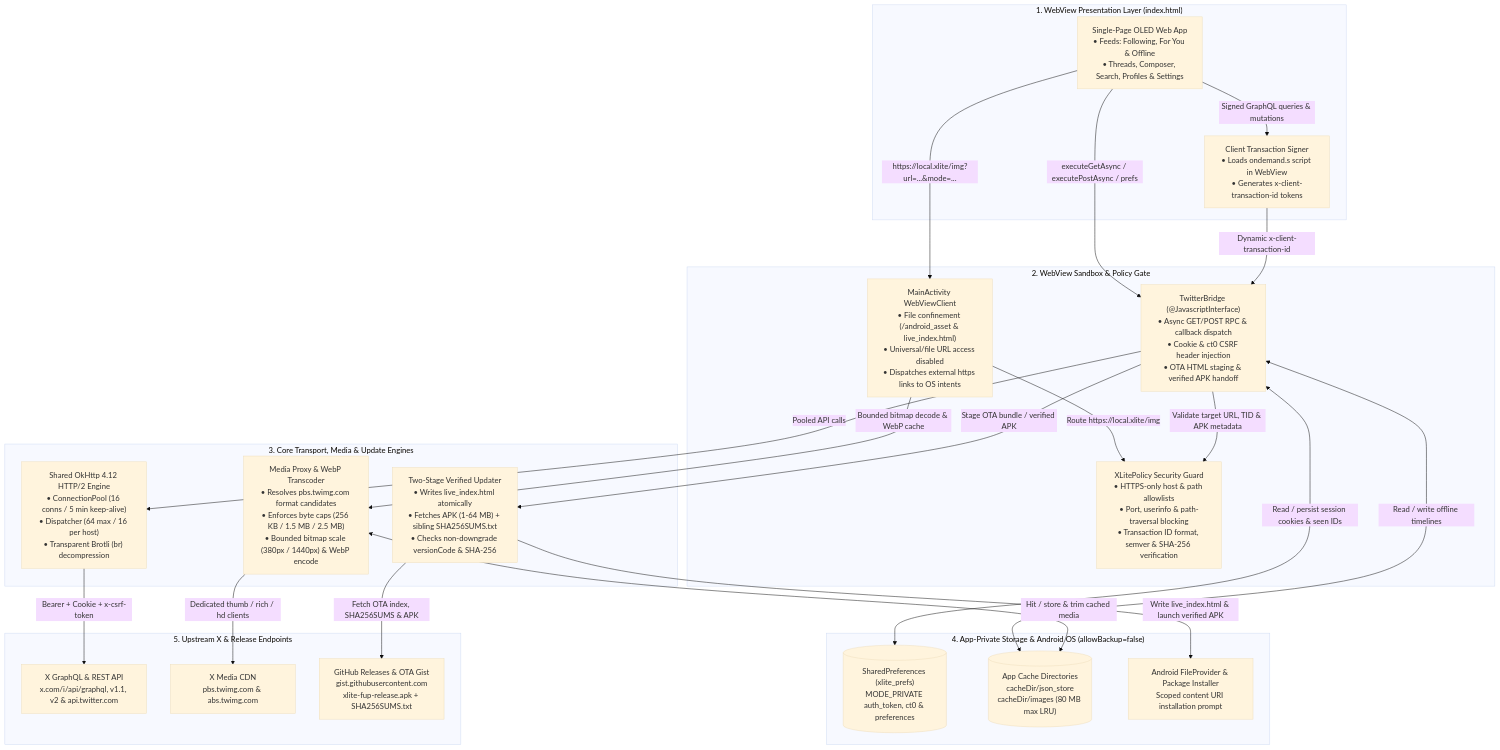
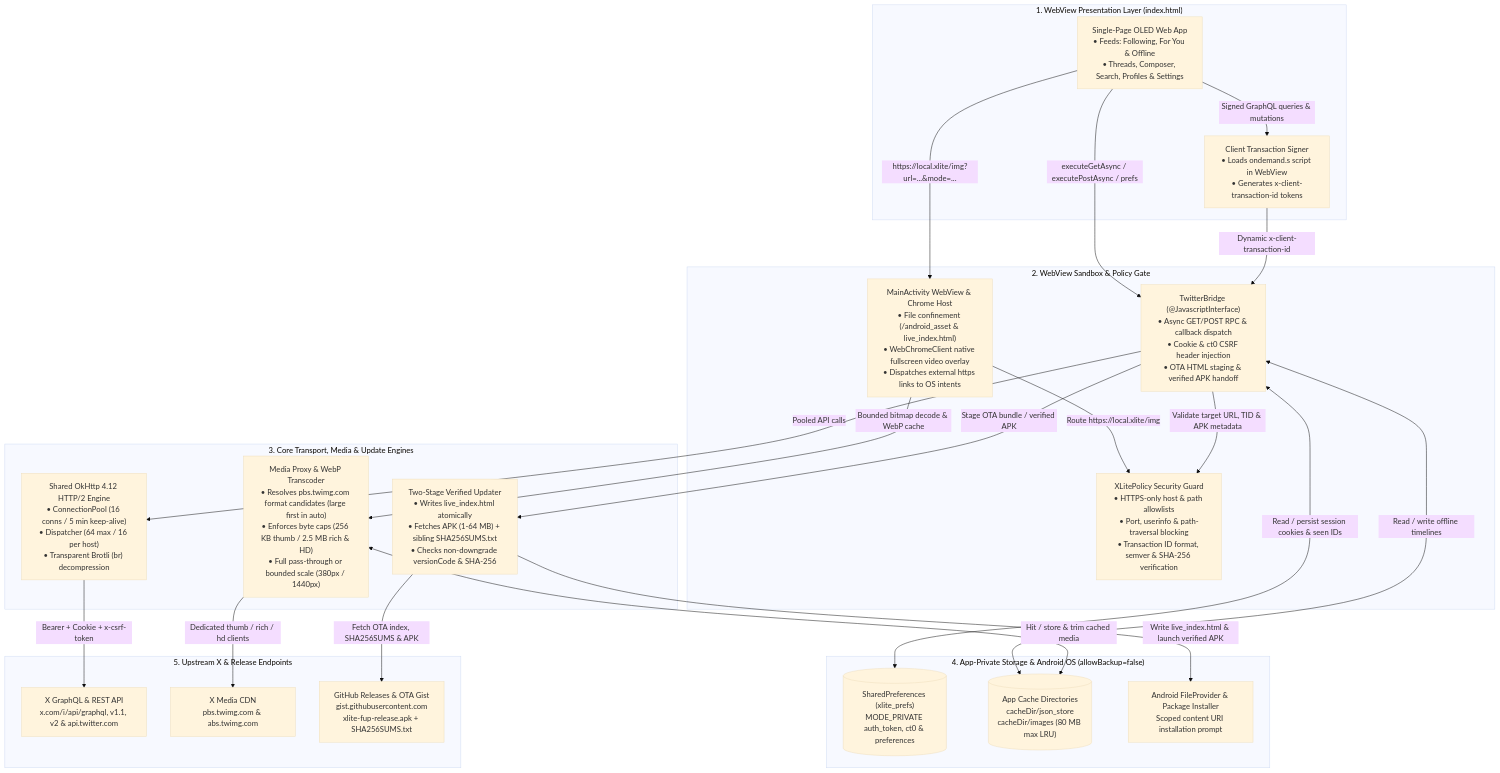
Before and after one commit to sovopr/xlite-android: the diagram in README.md, drawn with Mermaid (base theme). The commit also changed other lines of this file and 7 other files, not shown here.

Commit message:
feat(media,android): ship uncompromised full-data mode and native fullscreen video (v1.0.25)

````diff
--- a/README.md
+++ b/README.md
@@ -171,54 +171,54 @@
 ```mermaid
 flowchart TD
     subgraph Presentation["1. WebView Presentation Layer (index.html)"]
         SPA["Single-Page OLED Web App\n• Feeds: Following, For You & Offline\n• Threads, Composer, Search, Profiles & Settings"]
         TxSign["Client Transaction Signer\n• Loads ondemand.s script in WebView\n• Generates x-client-transaction-id tokens"]
     end
 
     subgraph SecurityGate["2. WebView Sandbox & Policy Gate"]
-        WebHost["MainActivity WebViewClient\n• File confinement (/android_asset & live_index.html)\n• Universal/file URL access disabled\n• Dispatches external https links to OS intents"]
+        WebHost["MainActivity WebView & Chrome Host\n• File confinement (/android_asset & live_index.html)\n• WebChromeClient native fullscreen video overlay\n• Dispatches external https links to OS intents"]
         Policy["XLitePolicy Security Guard\n• HTTPS-only host & path allowlists\n• Port, userinfo & path-traversal blocking\n• Transaction ID format, semver & SHA-256 verification"]
         Bridge["TwitterBridge (@JavascriptInterface)\n• Async GET/POST RPC & callback dispatch\n• Cookie & ct0 CSRF header injection\n• OTA HTML staging & verified APK handoff"]
 
         WebHost -->|"Route https://local.xlite/img"| Policy
         Bridge -->|"Validate target URL, TID & APK metadata"| Policy
     end
 
     subgraph Engines["3. Core Transport, Media & Update Engines"]
         NetPool["Shared OkHttp 4.12 HTTP/2 Engine\n• ConnectionPool (16 conns / 5 min keep-alive)\n• Dispatcher (64 max / 16 per host)\n• Transparent Brotli (br) decompression"]
-        MediaPipe["Media Proxy & WebP Transcoder\n• Resolves pbs.twimg.com format candidates\n• Enforces byte caps (256 KB / 1.5 MB / 2.5 MB)\n• Bounded bitmap scale (380px / 1440px) & WebP encode"]
+        MediaPipe["Media Proxy & WebP Transcoder\n• Resolves pbs.twimg.com format candidates (large first in auto)\n• Enforces byte caps (256 KB thumb / 2.5 MB rich & HD)\n• Full pass-through or bounded scale (380px / 1440px)"]
         Updater["Two-Stage Verified Updater\n• Writes live_index.html atomically\n• Fetches APK (1-64 MB) + sibling SHA256SUMS.txt\n• Checks non-downgrade versionCode & SHA-256"]
     end
 
     subgraph DeviceStorage["4. App-Private Storage & Android OS (allowBackup=false)"]
         Prefs[("SharedPreferences (xlite_prefs)\nMODE_PRIVATE auth_token, ct0 & preferences")]
         DiskCache[("App Cache Directories\ncacheDir/json_store\ncacheDir/images (80 MB max LRU)")]
         FileProv["Android FileProvider & Package Installer\nScoped content URI installation prompt"]
     end
 
     subgraph External["5. Upstream X & Release Endpoints"]
         XApi["X GraphQL & REST API\nx.com/i/api/graphql, v1.1, v2 & api.twitter.com"]
         XCdn["X Media CDN\npbs.twimg.com & abs.twimg.com"]
         GitHub["GitHub Releases & OTA Gist\ngist.githubusercontent.com\nxlite-fup-release.apk + SHA256SUMS.txt"]
     end
 
     %% UI to Sandbox & Bridge
     SPA -->|"Signed GraphQL queries & mutations"| TxSign
     SPA -->|"executeGetAsync / executePostAsync / prefs"| Bridge
     SPA -->|"https://local.xlite/img?url=...&mode=..."| WebHost
     TxSign -->|"Dynamic x-client-transaction-id"| Bridge
 
     %% Gate & Engines to Storage
     Bridge <-->|"Read / persist session cookies & seen IDs"| Prefs
     Bridge <-->|"Read / write offline timelines"| DiskCache
     MediaPipe <-->|"Hit / store & trim cached media"| DiskCache
     WebHost -->|"Bounded bitmap decode & WebP cache"| MediaPipe
     Bridge -->|"Pooled API calls"| NetPool
     Bridge -->|"Stage OTA bundle / verified APK"| Updater
     Updater -->|"Write live_index.html & launch verified APK"| FileProv
 
     %% Upstream Connectivity
     NetPool -->|"Bearer + Cookie + x-csrf-token"| XApi
     MediaPipe -->|"Dedicated thumb / rich / hd clients"| XCdn
     Updater -->|"Fetch OTA index, SHA256SUMS & APK"| GitHub
 ```
````
